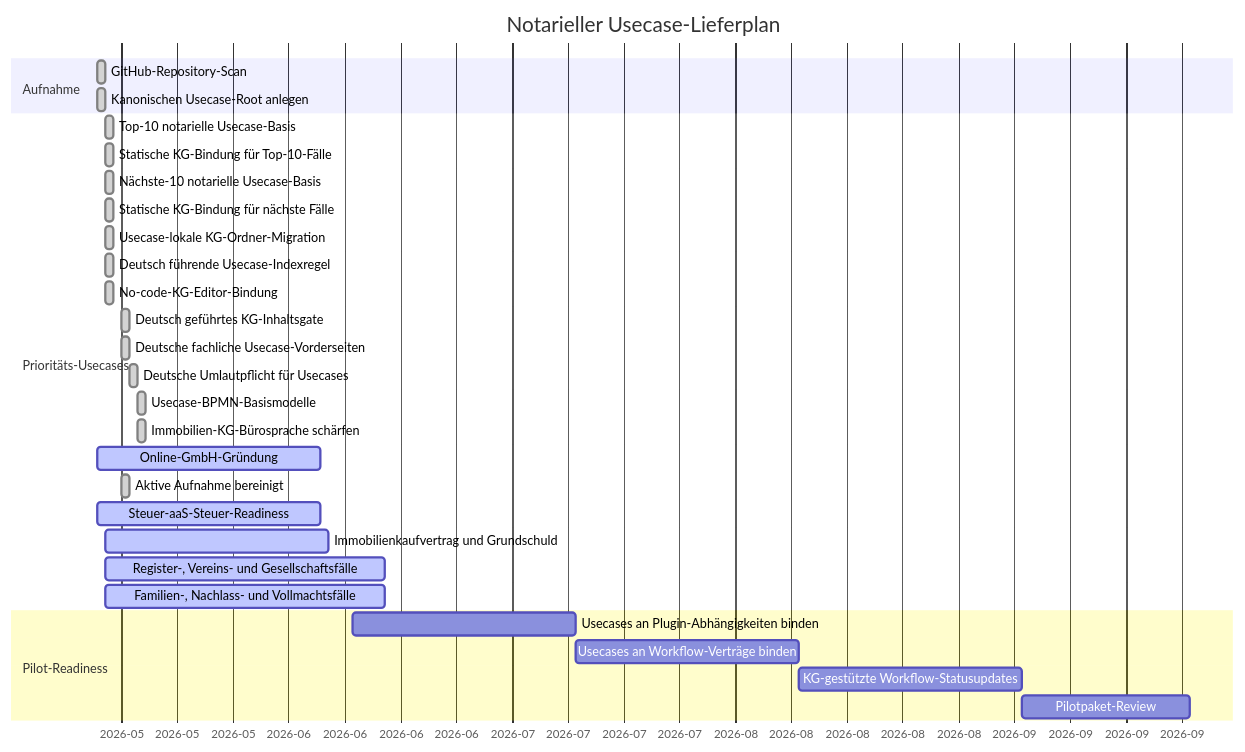
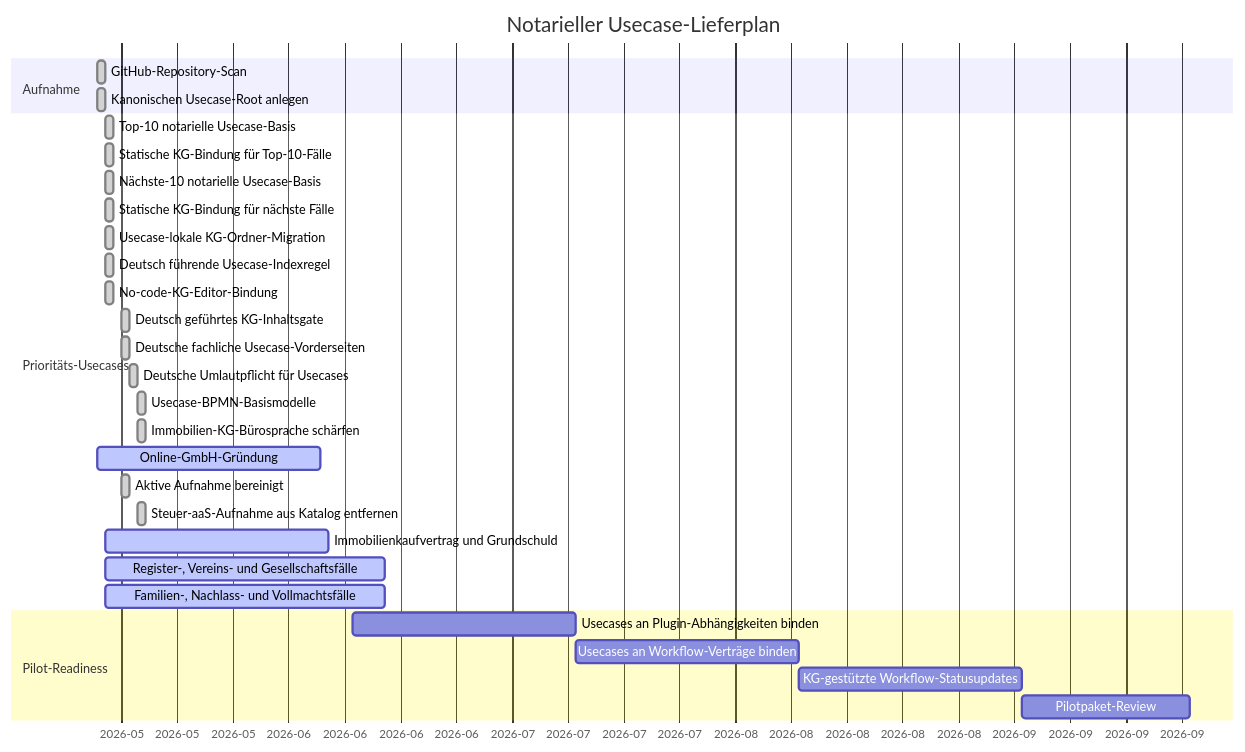
Before and after one commit to notariat8/NaC: the diagram in usecases/GANTT.md, drawn with Mermaid. The commit also changed other lines of this file and 15 other files, not shown here.

````diff
--- a/usecases/GANTT.md
+++ b/usecases/GANTT.md
@@ -5,36 +5,36 @@
 ```mermaid
 gantt
     title Notarieller Usecase-Lieferplan
     dateFormat  YYYY-MM-DD
     axisFormat  %Y-%m
 
     section Aufnahme
     GitHub-Repository-Scan                     :done,   u1, 2026-05-14, 1d
     Kanonischen Usecase-Root anlegen           :done,   u2, 2026-05-14, 1d
 
     section Prioritäts-Usecases
     Top-10 notarielle Usecase-Basis            :done,   u3, 2026-05-15, 1d
     Statische KG-Bindung für Top-10-Fälle    :done,   u4, 2026-05-15, 1d
     Nächste-10 notarielle Usecase-Basis       :done,   u5, 2026-05-15, 1d
     Statische KG-Bindung für nächste Fälle  :done,   u6, 2026-05-15, 1d
     Usecase-lokale KG-Ordner-Migration         :done,   u6a, 2026-05-15, 1d
     Deutsch führende Usecase-Indexregel       :done,   u6b, 2026-05-15, 1d
     No-code-KG-Editor-Bindung                  :done,   u6c, 2026-05-15, 1d
     Deutsch geführtes KG-Inhaltsgate          :done,   u6d, 2026-05-17, 1d
     Deutsche fachliche Usecase-Vorderseiten     :done,   u6e, 2026-05-17, 1d
     Deutsche Umlautpflicht für Usecases       :done,   u6f, 2026-05-18, 1d
     Usecase-BPMN-Basismodelle                  :done,   u6g, 2026-05-19, 1d
     Immobilien-KG-Bürosprache schärfen        :done,   u6h, 2026-05-19, 1d
     Online-GmbH-Gründung                      :active, u7, 2026-05-14, 28d
     Aktive Aufnahme bereinigt                  :done,   u8, 2026-05-17, 1d
-    Steuer-aaS-Steuer-Readiness                :active, u9, 2026-05-14, 28d
+    Steuer-aaS-Aufnahme aus Katalog entfernen  :done,   u9, 2026-05-19, 1d
     Immobilienkaufvertrag und Grundschuld      :active, u10, 2026-05-15, 28d
     Register-, Vereins- und Gesellschaftsfälle :active, u11, 2026-05-15, 35d
     Familien-, Nachlass- und Vollmachtsfälle  :active, u12, 2026-05-15, 35d
 
     section Pilot-Readiness
     Usecases an Plugin-Abhängigkeiten binden  :        u13, 2026-06-15, 28d
     Usecases an Workflow-Verträge binden      :        u14, after u13, 28d
     KG-gestützte Workflow-Statusupdates       :        u15, after u14, 28d
     Pilotpaket-Review                          :        u16, after u15, 21d
 ```
````
